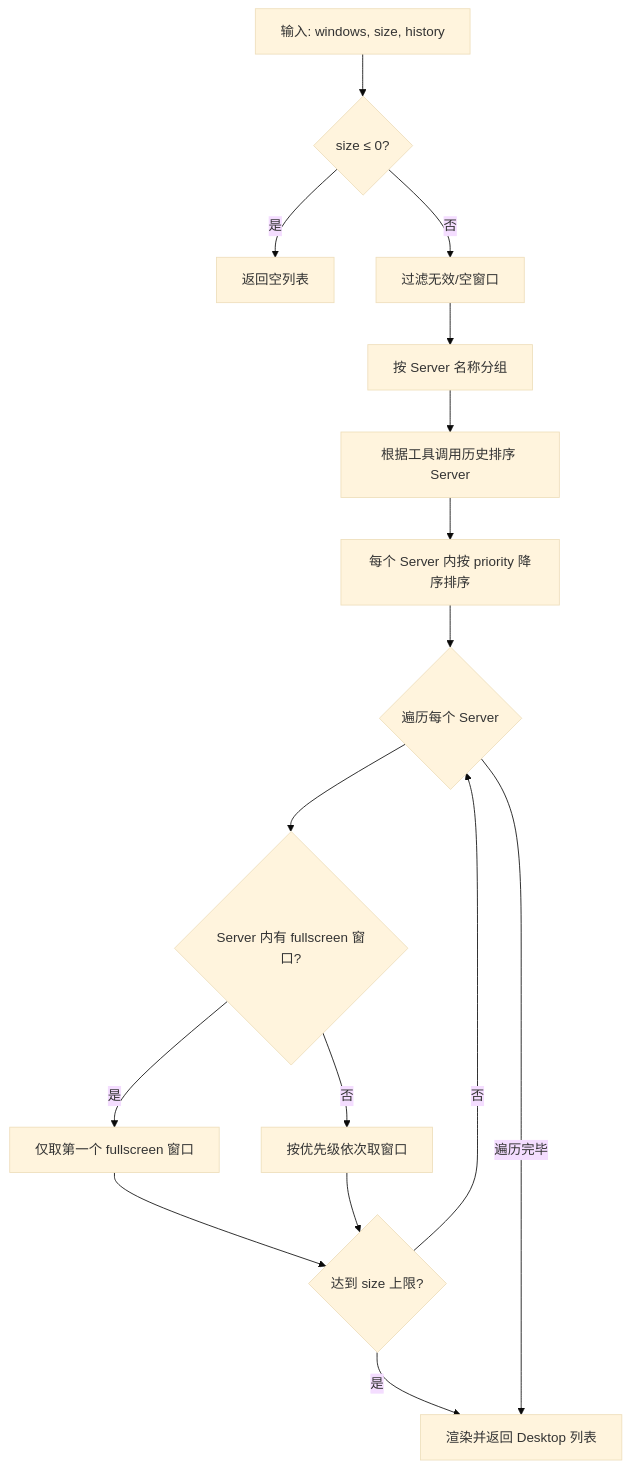
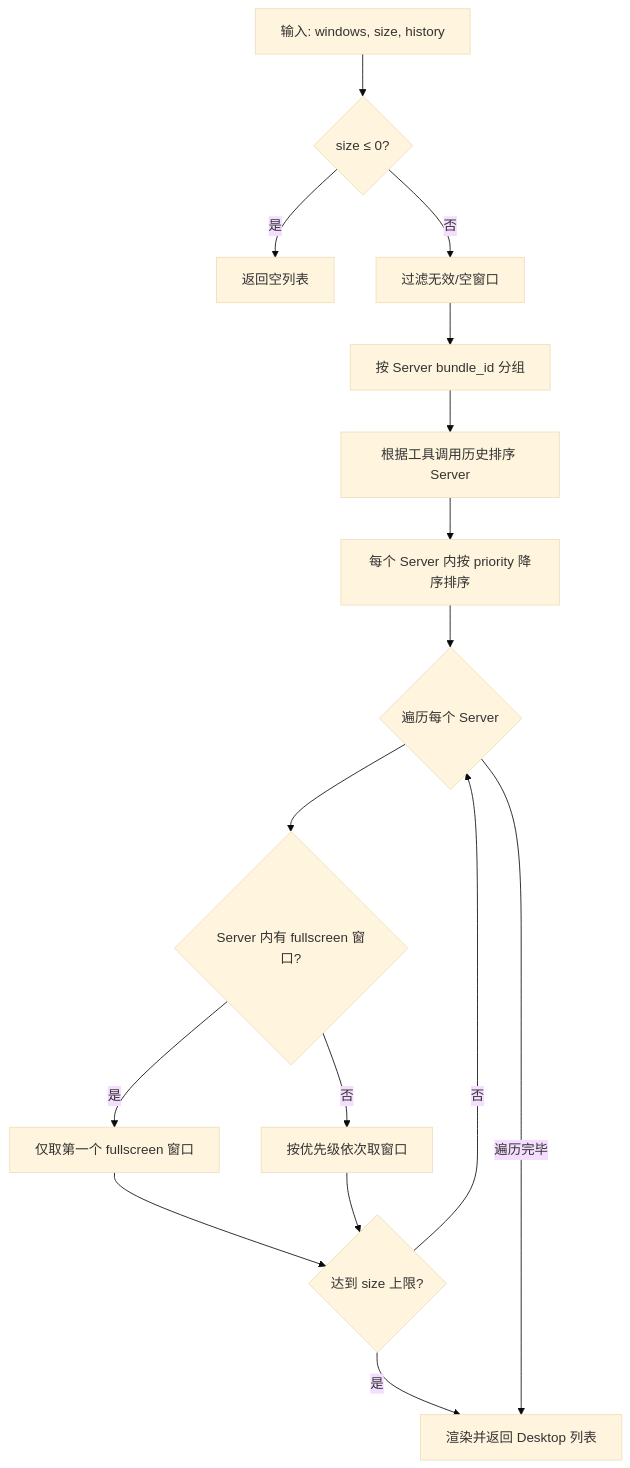
The first of 4 diagrams in docs/specification/desktop.md (A2C-SMCP/a2c-smcp-protocol), drawn with Mermaid (base theme) before and after one commit. The commit also changed other lines of this file, not shown here.

Commit message:
docs(desktop): 组织算法正文/流程图分组键订正为 bundle_id，历史排序去重键与分组键强制一致 [#28]

````diff
--- a/docs/specification/desktop.md
+++ b/docs/specification/desktop.md
@@ -247,18 +247,18 @@
 ```mermaid
 flowchart TD
     A[输入: windows, size, history] --> B{size ≤ 0?}
     B -- 是 --> C[返回空列表]
     B -- 否 --> D[过滤无效/空窗口]
-    D --> E[按 Server 名称分组]
+    D --> E[按 Server bundle_id 分组]
     E --> F[根据工具调用历史排序 Server]
     F --> G[每个 Server 内按 priority 降序排序]
     G --> H{遍历每个 Server}
     H --> I{Server 内有 fullscreen 窗口?}
     I -- 是 --> J[仅取第一个 fullscreen 窗口]
     I -- 否 --> K[按优先级依次取窗口]
     J --> L{达到 size 上限?}
     K --> L
     L -- 否 --> H
     L -- 是 --> M[渲染并返回 Desktop 列表]
     H -- 遍历完毕 --> M
 ```
````
